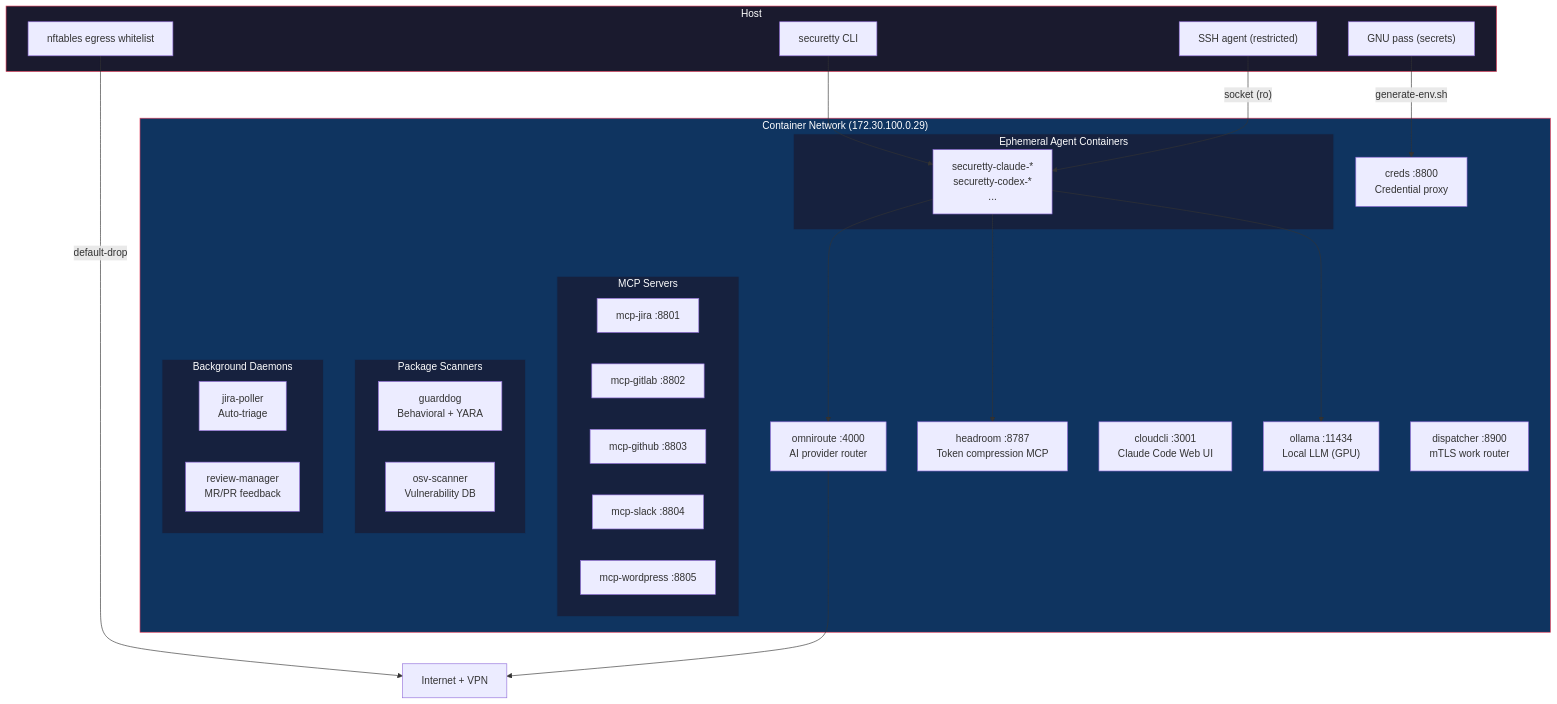
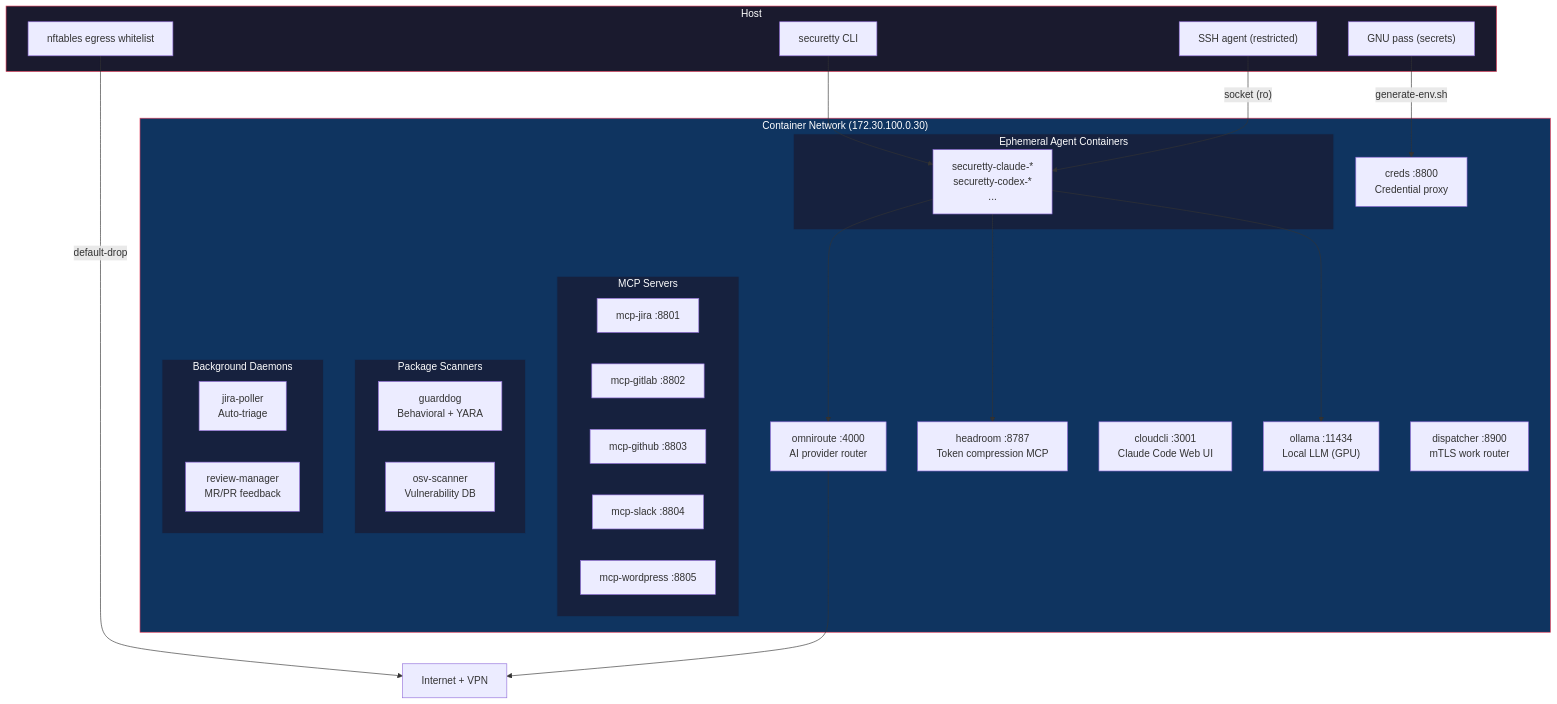
The first of 2 diagrams in README.md (dmzoneill/securetty), drawn with Mermaid before and after one commit. The commit also changed 1 other file, not shown here.

Commit message:
chore: bump version to v0.0.30

````diff
--- a/README.md
+++ b/README.md
@@ -7,58 +7,58 @@
 ```mermaid
 graph TD
     Internet["Internet + VPN"]
 
     subgraph host["Host"]
         CLI["securetty CLI"]
         SSHAgent["SSH agent (restricted)"]
         Pass["GNU pass (secrets)"]
         Egress["nftables egress whitelist"]
     end
 
-    subgraph network["Container Network (172.30.100.0.29)"]
+    subgraph network["Container Network (172.30.100.0.30)"]
         OmniRoute["omniroute :4000\nAI provider router"]
         Headroom["headroom :8787\nToken compression MCP"]
         CloudCLI["cloudcli :3001\nClaude Code Web UI"]
         Ollama["ollama :11434\nLocal LLM (GPU)"]
         Creds["creds :8800\nCredential proxy"]
         Dispatcher["dispatcher :8900\nmTLS work router"]
 
         subgraph mcp["MCP Servers"]
             Jira["mcp-jira :8801"]
             GitLab["mcp-gitlab :8802"]
             GitHub["mcp-github :8803"]
             Slack["mcp-slack :8804"]
             WordPress["mcp-wordpress :8805"]
         end
 
         subgraph scanners["Package Scanners"]
             GuardDog["guarddog\nBehavioral + YARA"]
             OSV["osv-scanner\nVulnerability DB"]
         end
 
         subgraph agents["Ephemeral Agent Containers"]
             Dev["securetty-claude-*\nsecuretty-codex-*\n..."]
         end
 
         subgraph daemons["Background Daemons"]
             JiraPoller["jira-poller\nAuto-triage"]
             ReviewMgr["review-manager\nMR/PR feedback"]
         end
     end
 
     CLI --> Dev
     Pass -->|"generate-env.sh"| Creds
     SSHAgent -->|"socket (ro)"| Dev
     Egress -->|"default-drop"| Internet
     Dev --> OmniRoute
     Dev --> Headroom
     Dev --> Ollama
     OmniRoute --> Internet
 
     style network fill:#0f3460,stroke:#e94560,color:#fff
     style host fill:#1a1a2e,stroke:#e94560,color:#fff
     style mcp fill:#16213e,stroke:#0f3460,color:#fff
     style scanners fill:#16213e,stroke:#0f3460,color:#fff
     style agents fill:#16213e,stroke:#0f3460,color:#fff
     style daemons fill:#16213e,stroke:#0f3460,color:#fff
 ```
````
